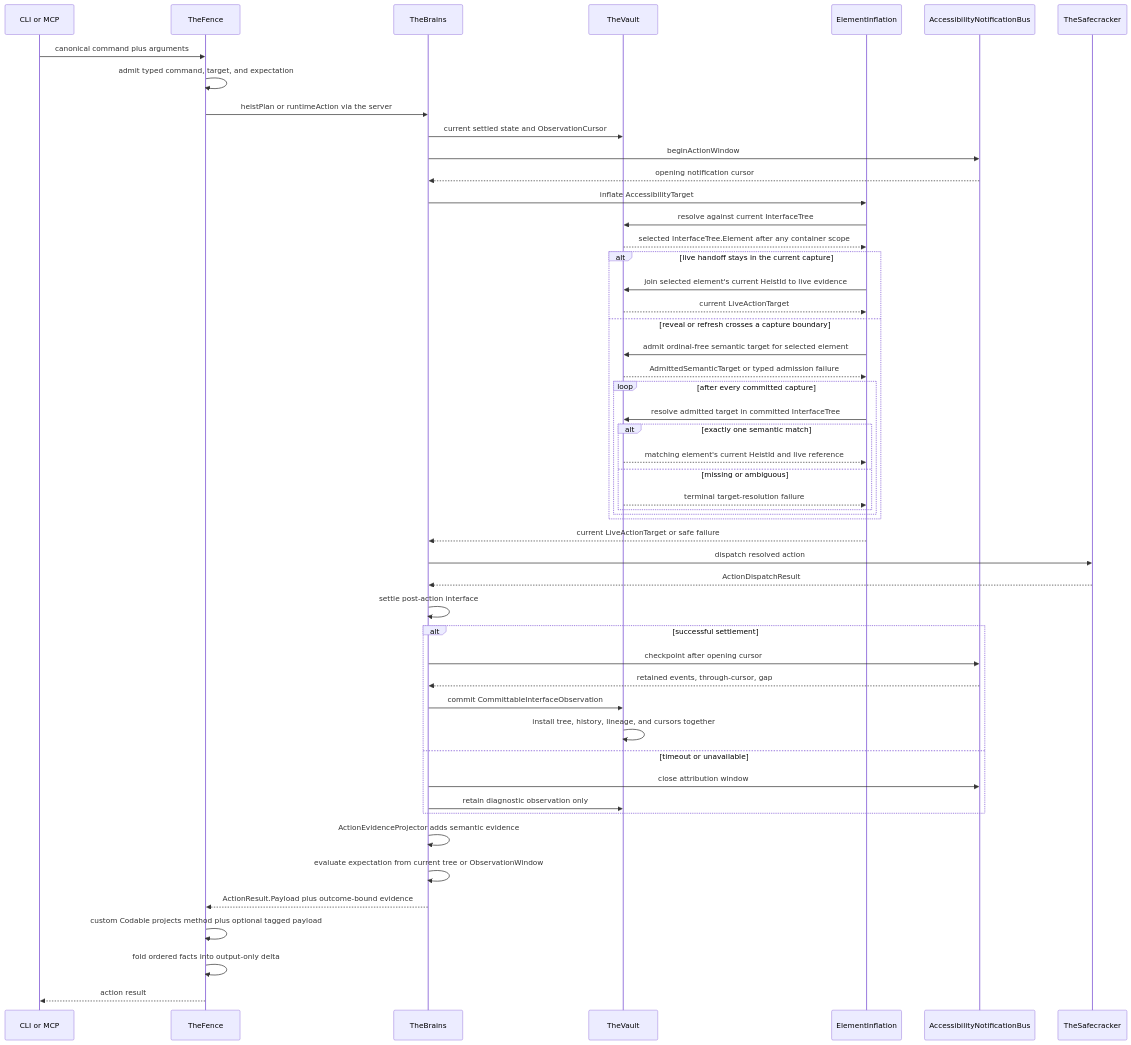
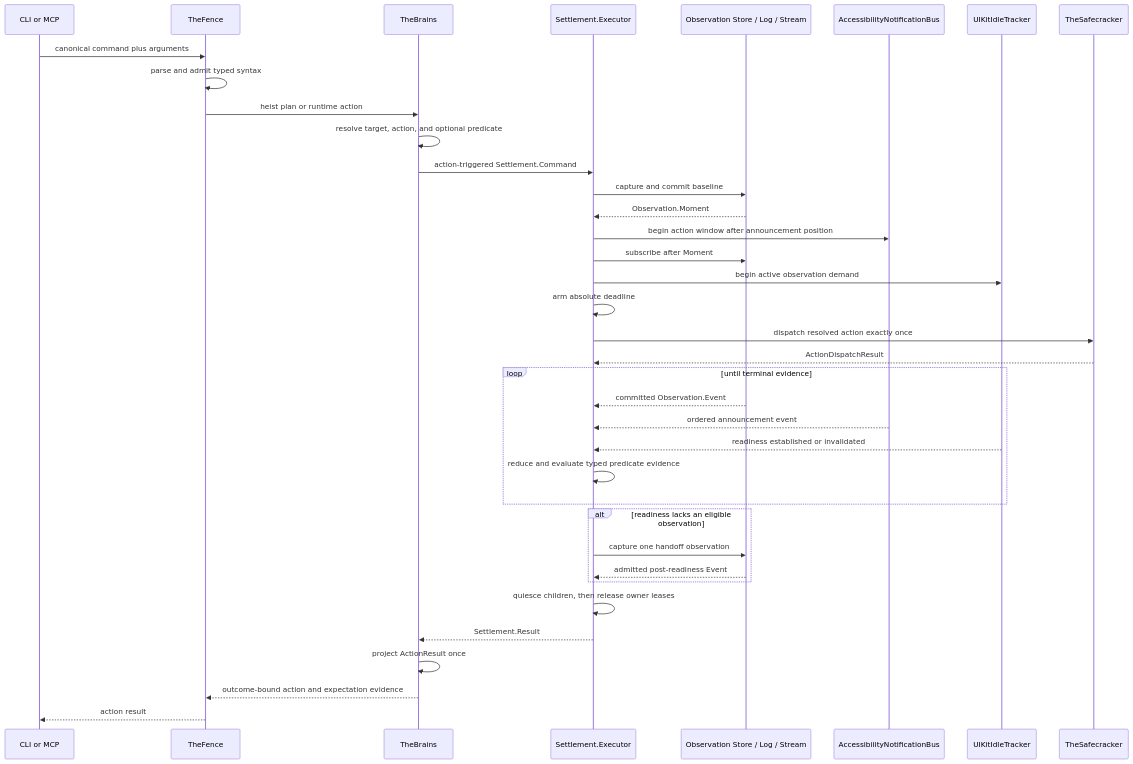
The diagram in docs/diagrams/action-pipeline.md (RoyalPineapple/TheButtonHeist), drawn with Mermaid before and after one commit. The commit also changed other lines of this file and 146 other files, not shown here.

First line of the commit message:
Unify action and wait settlement (#1386)

````diff
--- a/docs/diagrams/action-pipeline.md
+++ b/docs/diagrams/action-pipeline.md
@@ -10,58 +20,43 @@
 ```mermaid
 sequenceDiagram
     participant Client as CLI or MCP
     participant Fence as TheFence
     participant Brains as TheBrains
-    participant Vault as TheVault
-    participant Inflation as ElementInflation
+    participant Settlement as Settlement.Executor
+    participant Observation as Observation Store / Log / Stream
     participant Notifications as AccessibilityNotificationBus
+    participant Readiness as UIKitIdleTracker
     participant Safecracker as TheSafecracker
 
     Client->>Fence: canonical command plus arguments
-    Fence->>Fence: admit typed command, target, and expectation
-    Fence->>Brains: heistPlan or runtimeAction via the server
-    Brains->>Vault: current settled state and ObservationCursor
-    Brains->>Notifications: beginActionWindow
-    Notifications-->>Brains: opening notification cursor
+    Fence->>Fence: parse and admit typed syntax
+    Fence->>Brains: heist plan or runtime action
+    Brains->>Brains: resolve target, action, and optional predicate
+    Brains->>Settlement: action-triggered Settlement.Command
+    Settlement->>Observation: capture and commit baseline
+    Observation-->>Settlement: Observation.Moment
+    Settlement->>Notifications: begin action window after announcement position
+    Settlement->>Observation: subscribe after Moment
+    Settlement->>Readiness: begin active observation demand
+    Settlement->>Settlement: arm absolute deadline
+    Settlement->>Safecracker: dispatch resolved action exactly once
+    Safecracker-->>Settlement: ActionDispatchResult
 
-    Brains->>Inflation: inflate AccessibilityTarget
-    Inflation->>Vault: resolve against current InterfaceTree
-    Vault-->>Inflation: selected InterfaceTree.Element after any container scope
-    alt live handoff stays in the current capture
-        Inflation->>Vault: join selected element's current HeistId to live evidence
-        Vault-->>Inflation: current LiveActionTarget
-    else reveal or refresh crosses a capture boundary
-        Inflation->>Vault: admit ordinal-free semantic target for selected element
-        Vault-->>Inflation: AdmittedSemanticTarget or typed admission failure
-        loop after every committed capture
-            Inflation->>Vault: resolve admitted target in committed InterfaceTree
-            alt exactly one semantic match
-                Vault-->>Inflation: matching element's current HeistId and live reference
-            else missing or ambiguous
-                Vault-->>Inflation: terminal target-resolution failure
-            end
-        end
-    end
-    Inflation-->>Brains: current LiveActionTarget or safe failure
-
-    Brains->>Safecracker: dispatch resolved action
-    Safecracker-->>Brains: ActionDispatchResult
-    Brains->>Brains: settle post-action interface
-
-    alt successful settlement
-        Brains->>Notifications: checkpoint after opening cursor
-        Notifications-->>Brains: retained events, through-cursor, gap
-        Brains->>Vault: commit CommittableInterfaceObservation
-        Vault->>Vault: install tree, history, lineage, and cursors together
-    else timeout or unavailable
-        Brains->>Notifications: close attribution window
-        Brains->>Vault: retain diagnostic observation only
+    loop until terminal evidence
+        Observation-->>Settlement: committed Observation.Event
+        Notifications-->>Settlement: ordered announcement event
+        Readiness-->>Settlement: readiness established or invalidated
+        Settlement->>Settlement: reduce and evaluate typed predicate evidence
     end
 
-    Brains->>Brains: ActionEvidenceProjector adds semantic evidence
-    Brains->>Brains: evaluate expectation from current tree or ObservationWindow
-    Brains-->>Fence: ActionResult.Payload plus outcome-bound evidence
-    Fence->>Fence: custom Codable projects method plus optional tagged payload
-    Fence->>Fence: fold ordered facts into output-only delta
+    alt readiness lacks an eligible observation
+        Settlement->>Observation: capture one handoff observation
+        Observation-->>Settlement: admitted post-readiness Event
+    end
+
+    Settlement->>Settlement: quiesce children, then release owner leases
+    Settlement-->>Brains: Settlement.Result
+    Brains->>Brains: project ActionResult once
+    Brains-->>Fence: outcome-bound action and expectation evidence
     Fence-->>Client: action result
 ```
````
